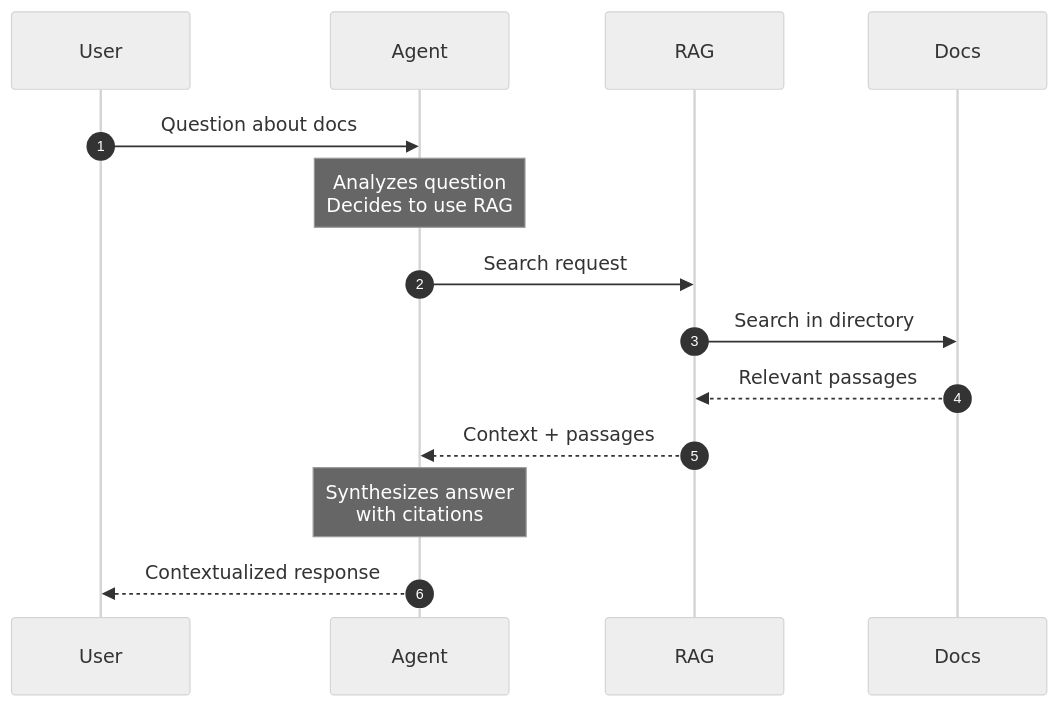
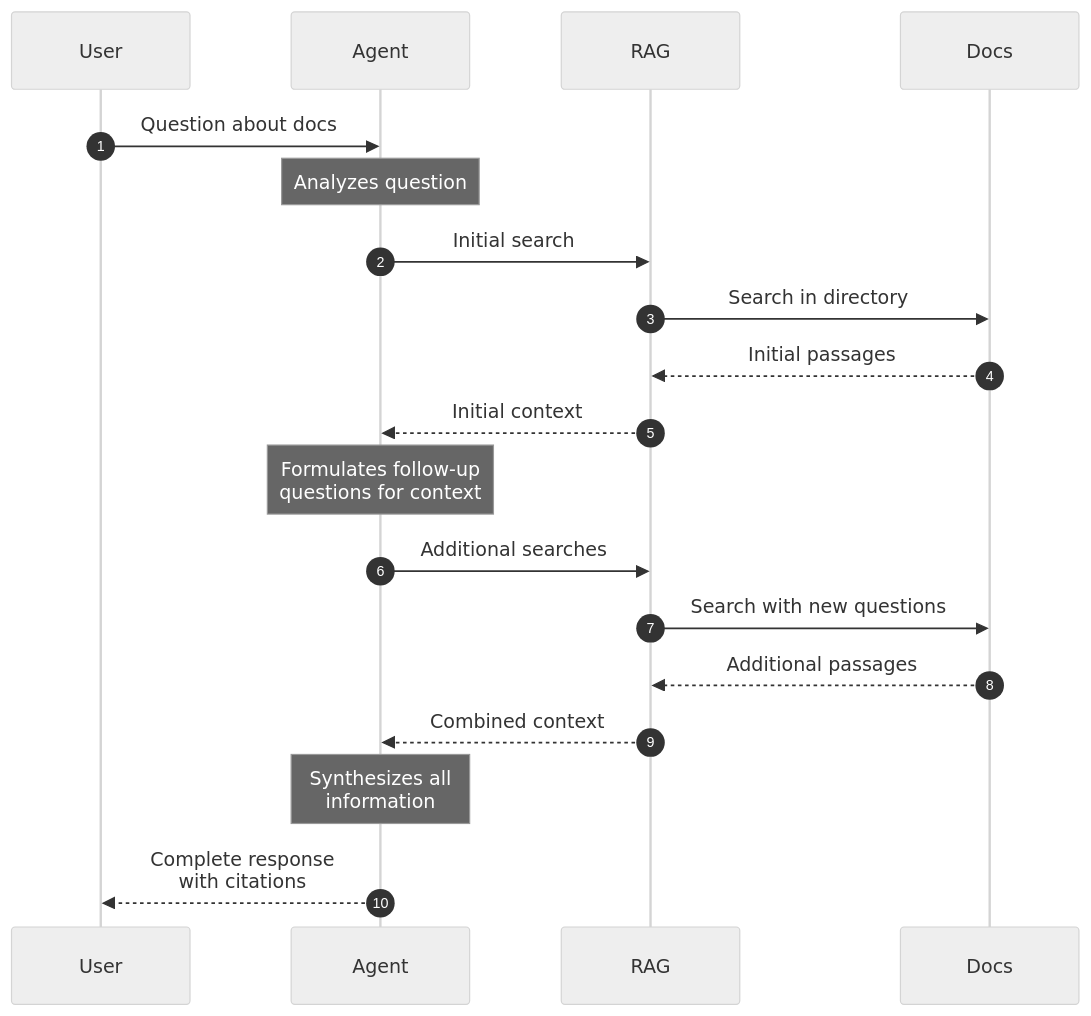
Before and after one commit to cynkra/ragent: the third of 3 diagrams in inst/blog/agents.qmd, drawn with Mermaid (neutral theme). The commit also changed other lines of this file, not shown here.

Commit message:
clean up

````diff
--- a/inst/blog/agents.qmd
+++ b/inst/blog/agents.qmd
@@ -156,17 +156,22 @@
 ```{mermaid}
 sequenceDiagram
     autonumber
     participant User
     participant Agent
     participant RAG
     participant Docs
 
     User->>Agent: Question about docs
-    Note over Agent: Analyzes question<br/>Decides to use RAG
-    Agent->>RAG: Search request
+    Note over Agent: Analyzes question
+    Agent->>RAG: Initial search
     RAG->>Docs: Search in directory
-    Docs-->>RAG: Relevant passages
-    RAG-->>Agent: Context + passages
-    Note over Agent: Synthesizes answer<br/>with citations
-    Agent-->>User: Contextualized response
+    Docs-->>RAG: Initial passages
+    RAG-->>Agent: Initial context
+    Note over Agent: Formulates follow-up<br/>questions for context
+    Agent->>RAG: Additional searches
+    RAG->>Docs: Search with new questions
+    Docs-->>RAG: Additional passages
+    RAG-->>Agent: Combined context
+    Note over Agent: Synthesizes all<br/>information
+    Agent-->>User: Complete response<br/>with citations
 ```
````
